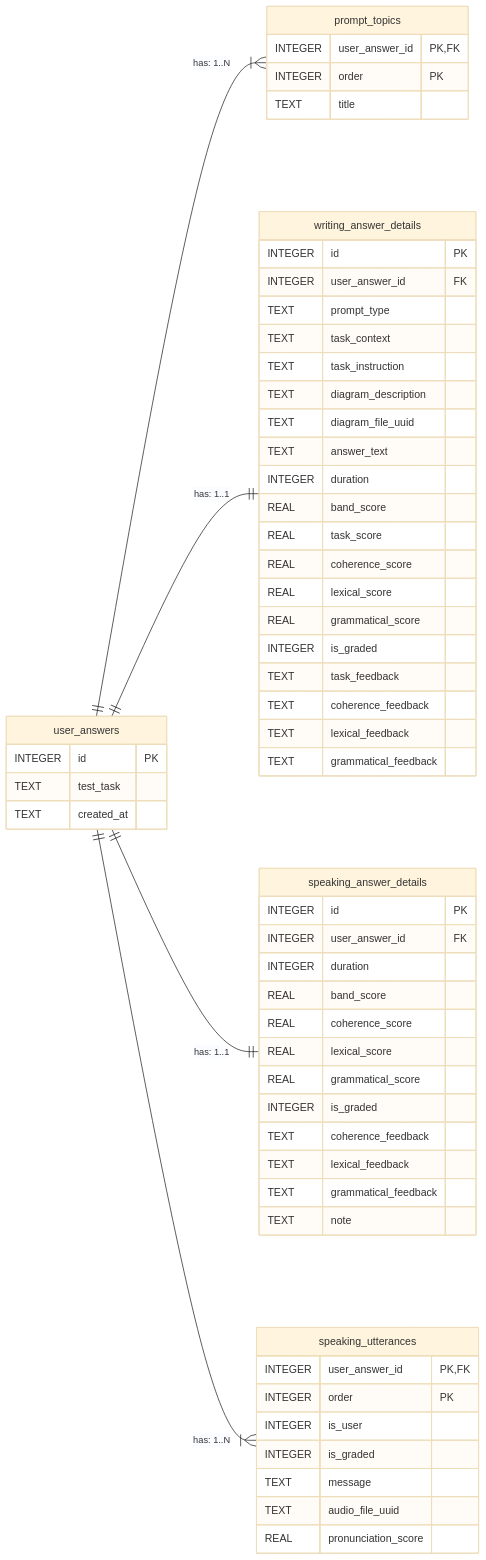
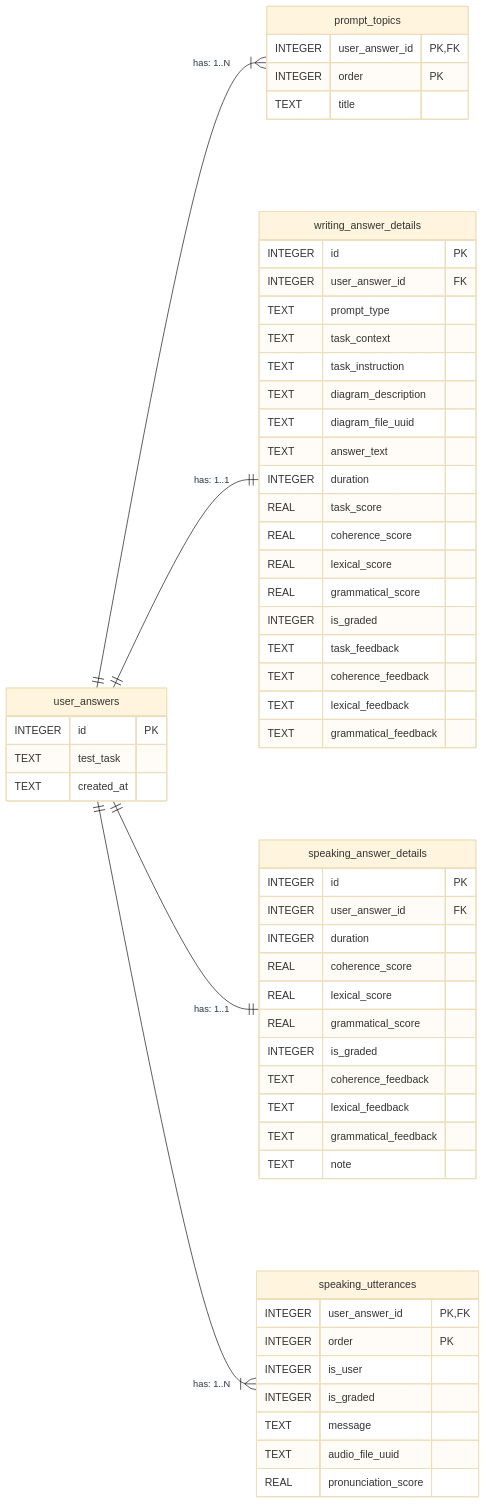
The diagram in application/docs/er-diagram.md (hirokd0627/ielts_ai_trainer), drawn with Mermaid (base theme) before and after one commit.

Commit message:
Update ER diagram

````diff
--- a/application/docs/er-diagram.md
+++ b/application/docs/er-diagram.md
@@ -3,67 +3,65 @@
 ```mermaid
 erDiagram
     direction LR
     user_answers ||--|{ prompt_topics : "has: 1..N"
     user_answers ||--|| writing_answer_details : "has: 1..1"
     user_answers ||--|| speaking_answer_details : "has: 1..1"
     user_answers ||--|{ speaking_utterances : "has: 1..N"
 
     user_answers {
         INTEGER id PK
         TEXT test_task
         TEXT created_at
     }
 
     prompt_topics {
         INTEGER user_answer_id PK,FK
         INTEGER order PK
         TEXT title 
     }
 
     writing_answer_details {
         INTEGER id PK
         INTEGER user_answer_id FK
         TEXT prompt_type
         TEXT task_context
         TEXT task_instruction
         TEXT diagram_description
         TEXT diagram_file_uuid
         TEXT answer_text
         INTEGER duration
-        REAL band_score
         REAL task_score
         REAL coherence_score
         REAL lexical_score
         REAL grammatical_score
         INTEGER is_graded
         TEXT task_feedback
         TEXT coherence_feedback
         TEXT lexical_feedback
         TEXT grammatical_feedback
     }
 
     speaking_answer_details {
         INTEGER id PK
         INTEGER user_answer_id FK
         INTEGER duration
-        REAL band_score
         REAL coherence_score
         REAL lexical_score
         REAL grammatical_score
         INTEGER is_graded
         TEXT coherence_feedback
         TEXT lexical_feedback
         TEXT grammatical_feedback 
         TEXT note
     }
 
     speaking_utterances {
         INTEGER user_answer_id PK,FK
         INTEGER order PK
         INTEGER is_user
         INTEGER is_graded
         TEXT message
         TEXT audio_file_uuid
         REAL pronunciation_score
     }
 ```
````
